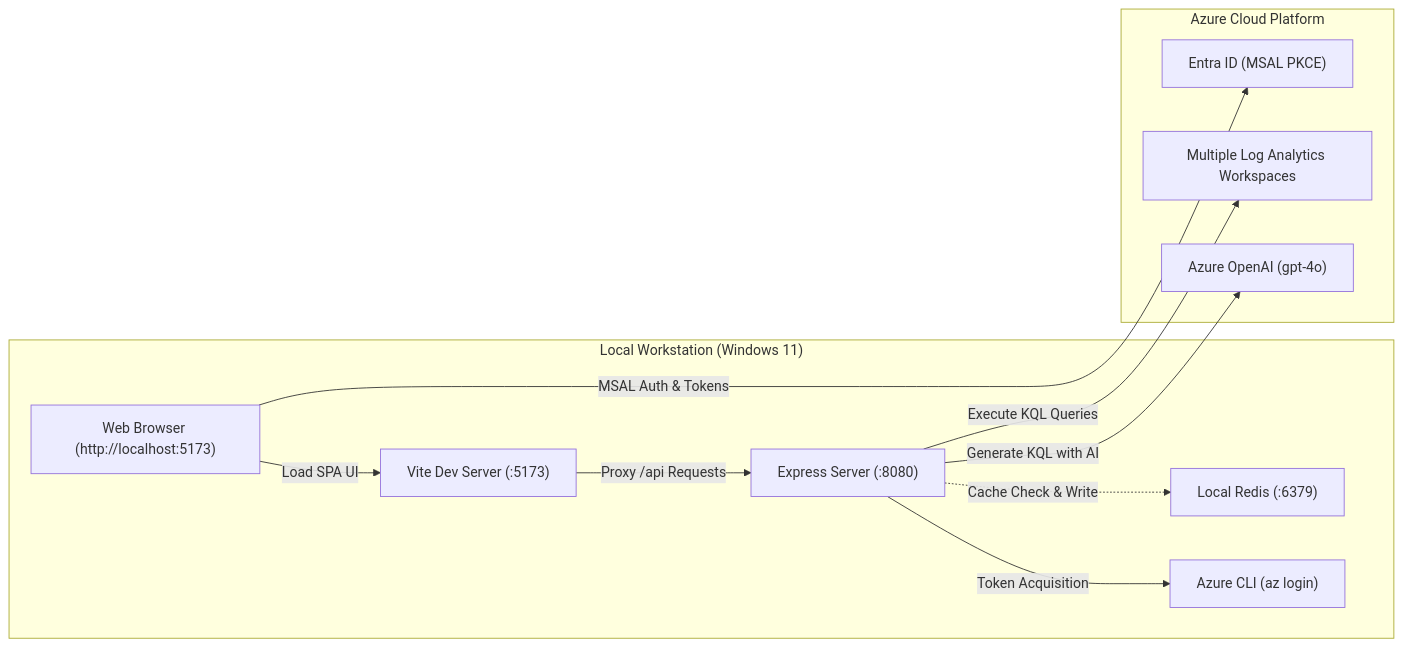
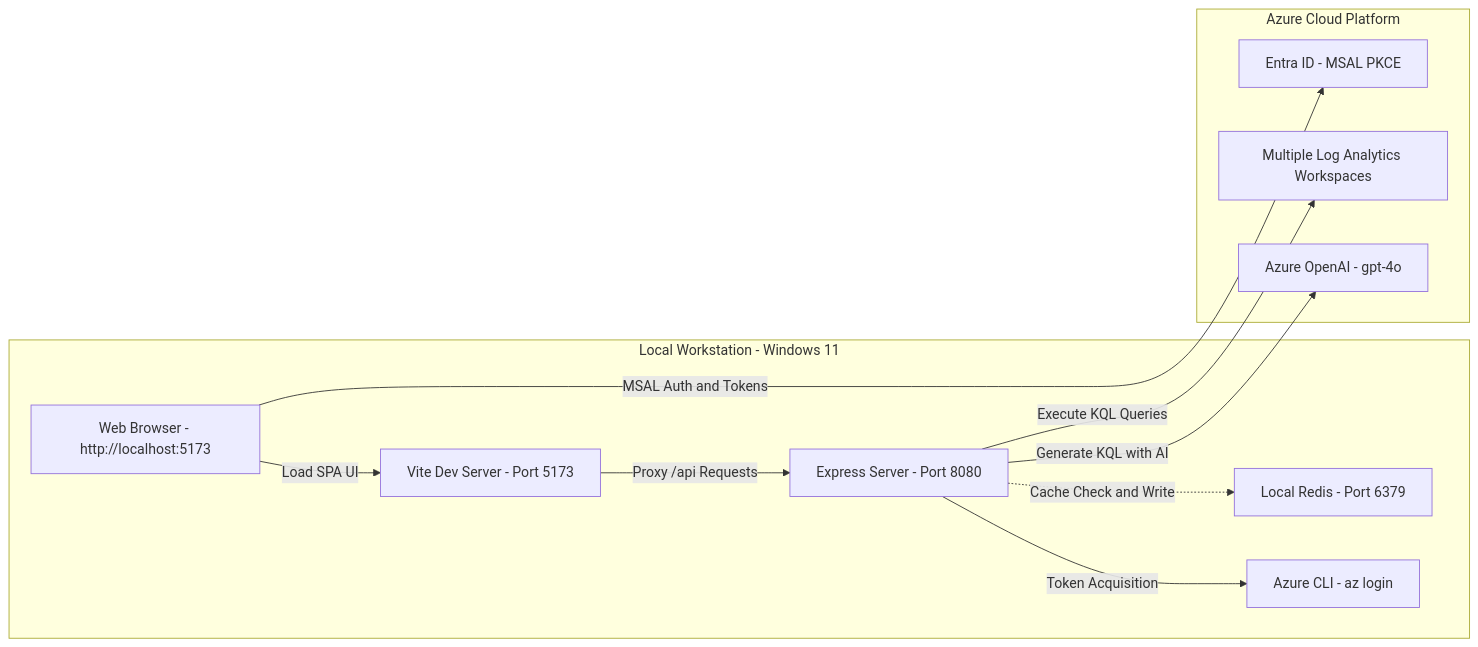
The fifth of 6 diagrams in Architecture.md (diny1729/LogAnalytics), drawn with Mermaid before and after one commit. The commit also changed other lines of this file, not shown here.

Commit message:
fix(docs): completely sanitize Mermaid edge and node labels in Architecture.md

````diff
--- a/Architecture.md
+++ b/Architecture.md
@@ -209,24 +209,24 @@
 ```mermaid
 graph LR
-    subgraph DevStation ["Local Workstation (Windows 11)"]
-        Browser["Web Browser (http://localhost:5173)"]
-        Vite["Vite Dev Server (:5173)"]
-        Express["Express Server (:8080)"]
-        RedisLocal["Local Redis (:6379)"]
-        AzCLI["Azure CLI (az login)"]
+    subgraph DevStation ["Local Workstation - Windows 11"]
+        Browser["Web Browser - http://localhost:5173"]
+        Vite["Vite Dev Server - Port 5173"]
+        Express["Express Server - Port 8080"]
+        RedisLocal["Local Redis - Port 6379"]
+        AzCLI["Azure CLI - az login"]
     end
 
     subgraph AzureServices ["Azure Cloud Platform"]
-        Entra["Entra ID (MSAL PKCE)"]
+        Entra["Entra ID - MSAL PKCE"]
         Workspaces["Multiple Log Analytics Workspaces"]
-        OpenAIInstance["Azure OpenAI (gpt-4o)"]
+        OpenAIInstance["Azure OpenAI - gpt-4o"]
     end
 
     Browser -->|"Load SPA UI"| Vite
     Vite -->|"Proxy /api Requests"| Express
-    Browser -->|"MSAL Auth & Tokens"| Entra
-    Express -.->|"Cache Check & Write"| RedisLocal
+    Browser -->|"MSAL Auth and Tokens"| Entra
+    Express -.->|"Cache Check and Write"| RedisLocal
     Express -->|"Token Acquisition"| AzCLI
     Express -->|"Execute KQL Queries"| Workspaces
     Express -->|"Generate KQL with AI"| OpenAIInstance
 ```
````
